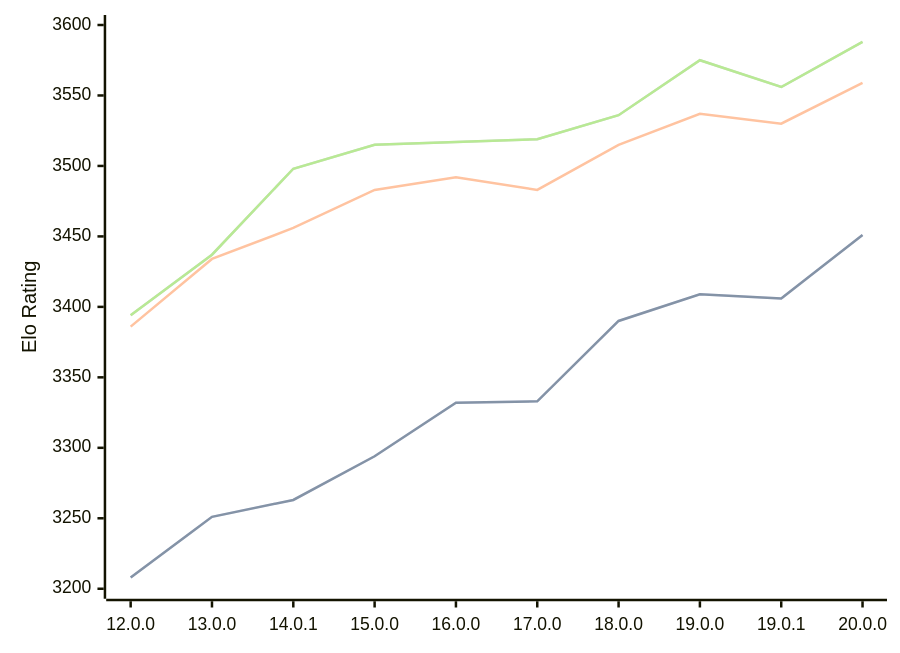
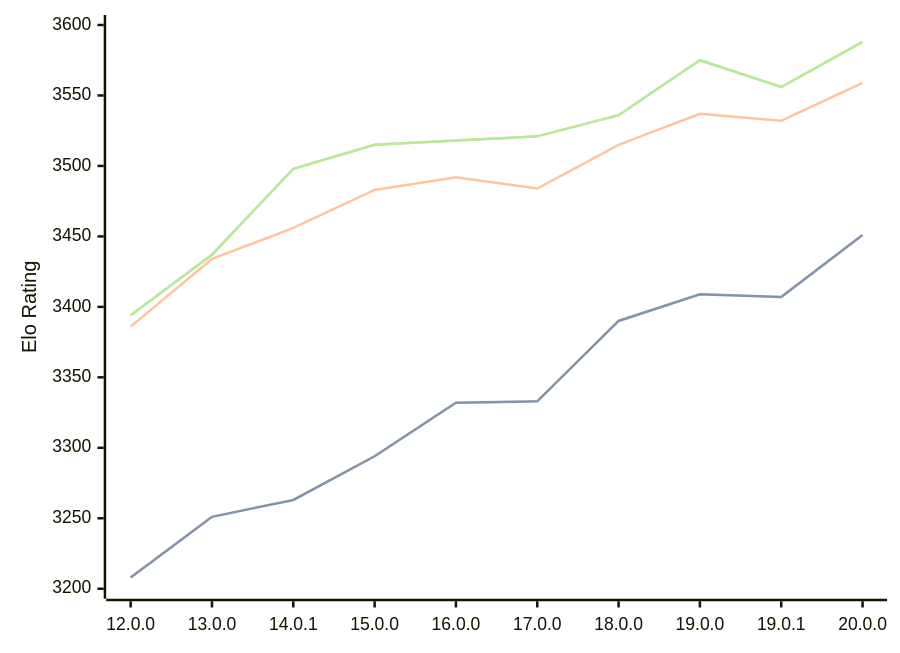
Before and after one commit to computer-chess-index/cci: the diagram in engines/Viridithas.md, drawn with Mermaid. The commit also changed other lines of this file, not shown here.

Commit message:
Update CCI Ratings (ELO VLTC) - 2026-09-02

````diff
--- a/engines/Viridithas.md
+++ b/engines/Viridithas.md
@@ -40,11 +40,11 @@
 ```mermaid
 %%{init: {"theme":"base","themeVariables":{"seriesColors:['#a3a3a3','#222221','#faa371']}}}%%
 xychart-beta
   x-axis ["12.0.0", "13.0.0", "14.0.1", "15.0.0", "16.0.0", "17.0.0", "18.0.0", "19.0.0", "19.0.1", "20.0.0"]
   y-axis "Elo Rating" 3200 --> 3600
-  line "" [3208, 3251, 3263, 3294, 3332, 3333, 3390, 3409, 3406, 3451]
-  line "STC (8.0+0.08s)" [3208, 3251, 3263, 3294, 3332, 3333, 3390, 3409, 3406, 3451]
-  line "LTC (60.0+0.60s)" [3386, 3434, 3456, 3483, 3492, 3483, 3515, 3537, 3530, 3559]
-  line "" [3394, 3437, 3498, 3515, 3517, 3519, 3536, 3575, 3556, 3588]
-  line "VLTC (2m24s+1.12s)" [3394, 3437, 3498, 3515, 3517, 3519, 3536, 3575, 3556, 3588]
+  line "" [3208, 3251, 3263, 3294, 3332, 3333, 3390, 3409, 3407, 3451]
+  line "STC (8.0+0.08s)" [3208, 3251, 3263, 3294, 3332, 3333, 3390, 3409, 3407, 3451]
+  line "LTC (60.0+0.60s)" [3386, 3434, 3456, 3483, 3492, 3484, 3515, 3537, 3532, 3559]
+  line "" [3394, 3437, 3498, 3515, 3518, 3521, 3536, 3575, 3556, 3588]
+  line "VLTC (2m24s+1.12s)" [3394, 3437, 3498, 3515, 3518, 3521, 3536, 3575, 3556, 3588]
 ```
````
